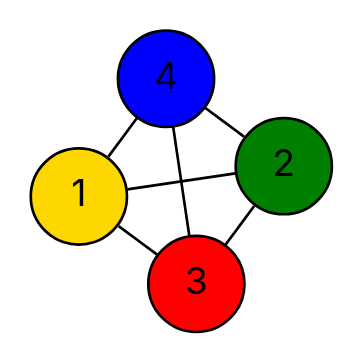
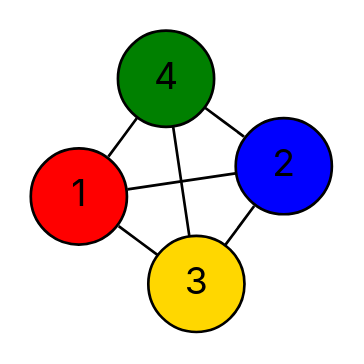
Before and after one commit to vercah/vertex-coloring: the diagram in data/final-dots/easy-04-parallel.dot, drawn with Graphviz. The commit also changed 15 other files, not shown here.

```diff
--- a/data/final-dots/easy-04-parallel.dot
+++ b/data/final-dots/easy-04-parallel.dot
@@ -1,16 +1,16 @@
 graph G {
   layout=neato;
   overlap=false;
   splines=true;
   node [shape=circle, style=filled, fontname=Inter];
-  1 [label="1", fillcolor="gold", tooltip="v1 color 3"];
-  2 [label="2", fillcolor="green", tooltip="v2 color 1"];
-  3 [label="3", fillcolor="red", tooltip="v3 color 0"];
-  4 [label="4", fillcolor="blue", tooltip="v4 color 2"];
+  1 [label="1", fillcolor="red", tooltip="v1 color 0"];
+  2 [label="2", fillcolor="blue", tooltip="v2 color 2"];
+  3 [label="3", fillcolor="gold", tooltip="v3 color 3"];
+  4 [label="4", fillcolor="green", tooltip="v4 color 1"];
   1 -- 2;
   1 -- 3;
   1 -- 4;
   2 -- 3;
   2 -- 4;
   3 -- 4;
 }
```
